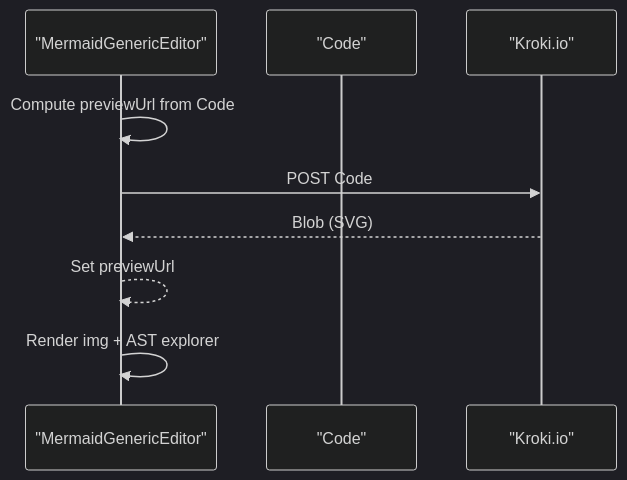
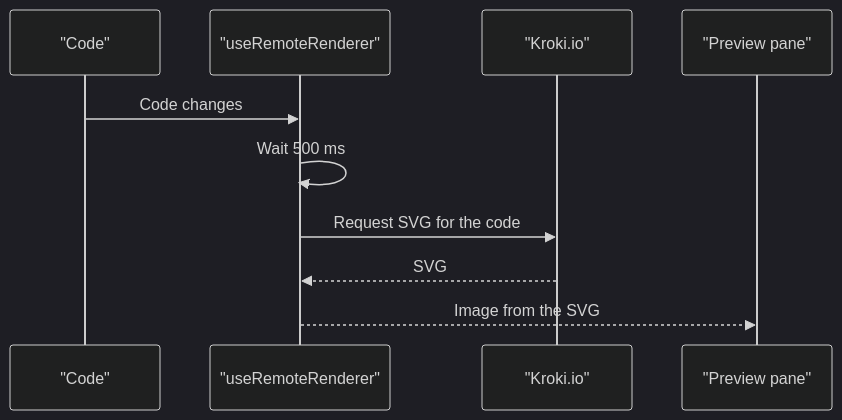
Before and after one commit to ongchonghian/universal-diagram-editor: the fourth of 6 diagrams in .qoder/repowiki/en/content/Diagram Types and Formats/Mermaid Diagrams/Class Diagrams.md, drawn with Mermaid (dark theme). The commit also changed other lines of this file and 31 other files, not shown here.

````diff
--- a/.qoder/repowiki/en/content/Diagram Types and Formats/Mermaid Diagrams/Class Diagrams.md
+++ b/.qoder/repowiki/en/content/Diagram Types and Formats/Mermaid Diagrams/Class Diagrams.md
@@ -163,11 +160,12 @@
 ```mermaid
 sequenceDiagram
-participant Gen as "MermaidGenericEditor"
 participant Code as "Code"
+participant Hook as "useRemoteRenderer"
 participant Kroki as "Kroki.io"
-Gen->>Gen : Compute previewUrl from Code
-Gen->>Kroki : POST Code
-Kroki-->>Gen : Blob (SVG)
-Gen-->>Gen : Set previewUrl
-Gen->>Gen : Render img + AST explorer
+participant Pane as "Preview pane"
+Code->>Hook: Code changes
+Hook->>Hook: Wait 500 ms
+Hook->>Kroki: Request SVG for the code
+Kroki-->>Hook: SVG
+Hook-->>Pane: Image from the SVG
 ```
````
